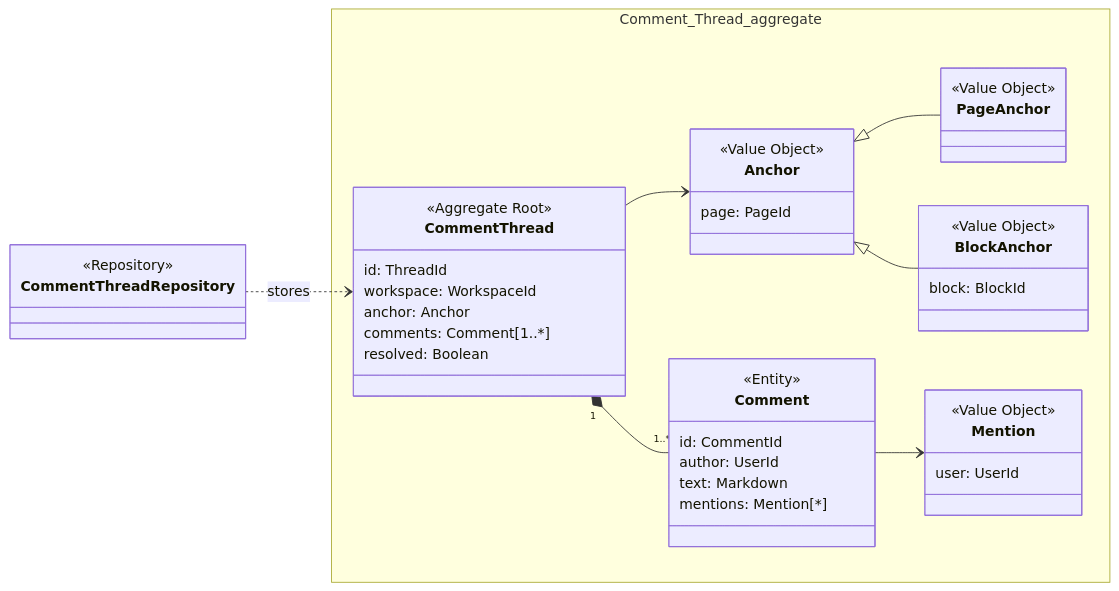
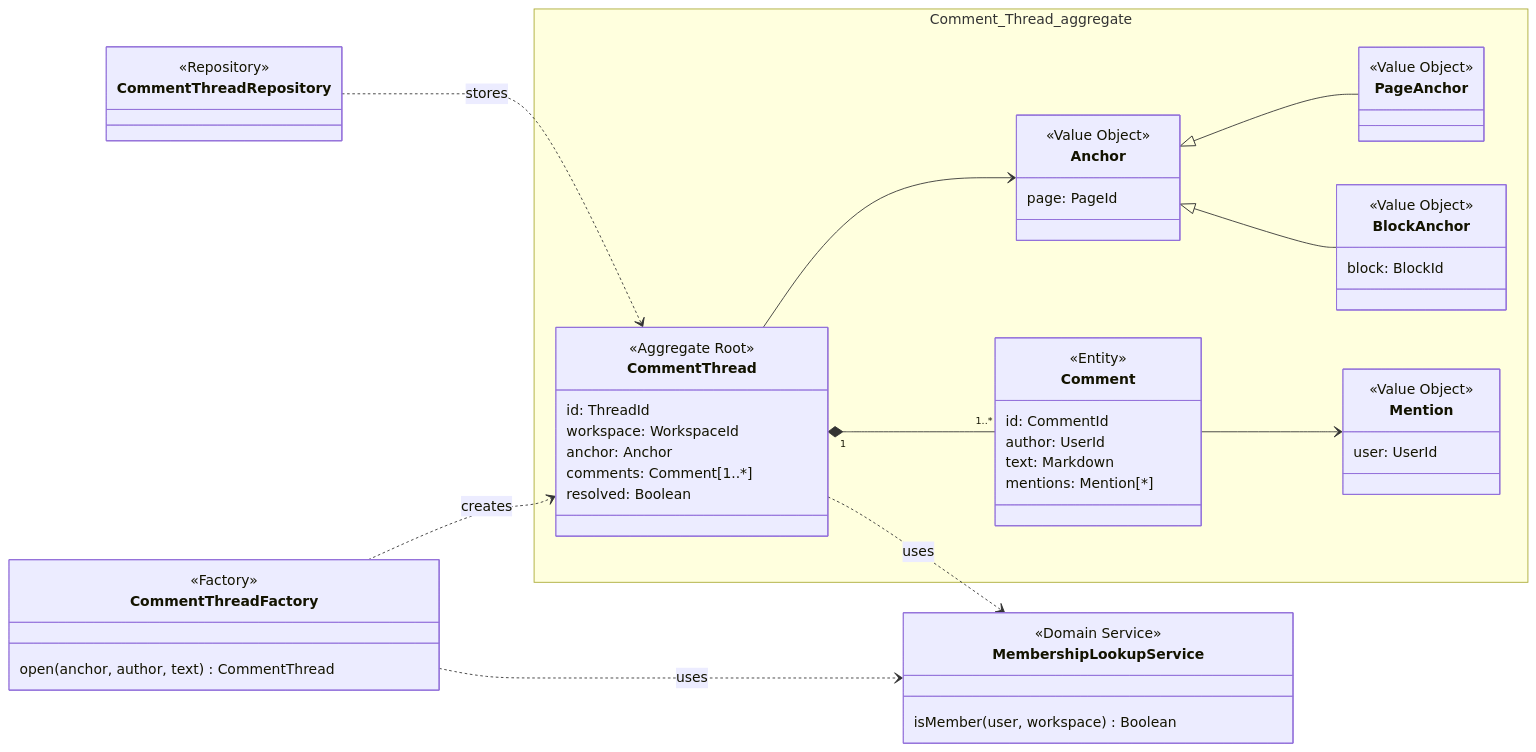
Before and after one commit to Bending-Forks/gotion: the fourth of 5 diagrams in _includes/tactical-design.md, drawn with Mermaid. The commit also changed other lines of this file, not shown here.

````diff
--- a/_includes/tactical-design.md
+++ b/_includes/tactical-design.md
@@ -372,45 +380,56 @@
 ```mermaid
 classDiagram
   direction LR
   namespace Comment_Thread_aggregate {
     class CommentThread {
       <<Aggregate Root>>
       id: ThreadId
       workspace: WorkspaceId
       anchor: Anchor
       comments: Comment[1..*]
       resolved: Boolean
     }
     class Anchor {
       <<Value Object>>
       page: PageId
     }
     class PageAnchor {
       <<Value Object>>
     }
     class BlockAnchor {
       <<Value Object>>
       block: BlockId
     }
     class Comment {
       <<Entity>>
       id: CommentId
       author: UserId
       text: Markdown
       mentions: Mention[*]
     }
     class Mention {
       <<Value Object>>
       user: UserId
     }
   }
   class CommentThreadRepository {
     <<Repository>>
   }
+  class CommentThreadFactory {
+    <<Factory>>
+    open(anchor, author, text) CommentThread
+  }
+  class MembershipLookupService {
+    <<Domain Service>>
+    isMember(user, workspace) Boolean
+  }
   CommentThread --> Anchor
   Anchor <|-- PageAnchor
   Anchor <|-- BlockAnchor
   CommentThread "1" *-- "1..*" Comment
   Comment --> Mention
   CommentThreadRepository ..> CommentThread : stores
+  CommentThreadFactory ..> CommentThread : creates
+  CommentThreadFactory ..> MembershipLookupService : uses
+  CommentThread ..> MembershipLookupService : uses
 ```
````
